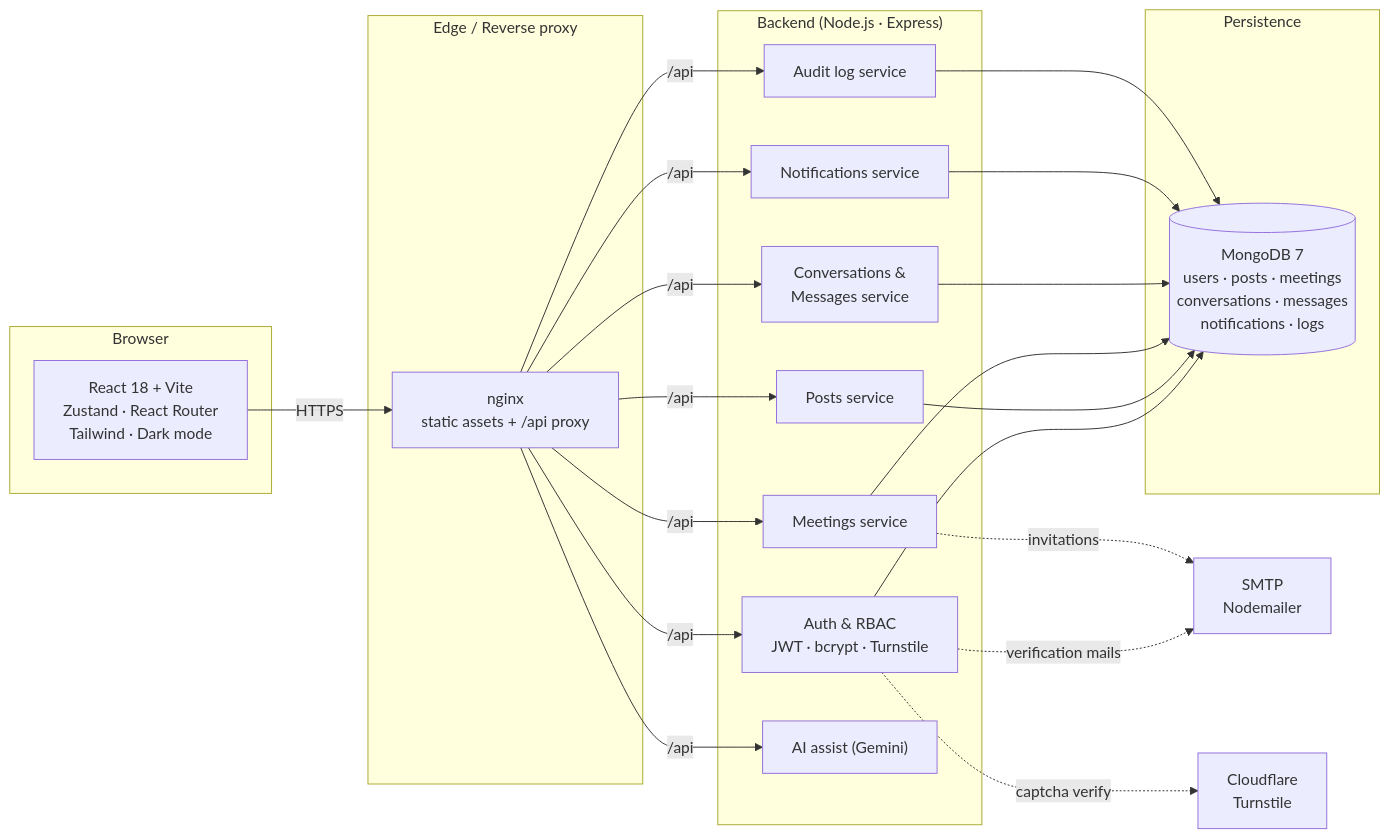
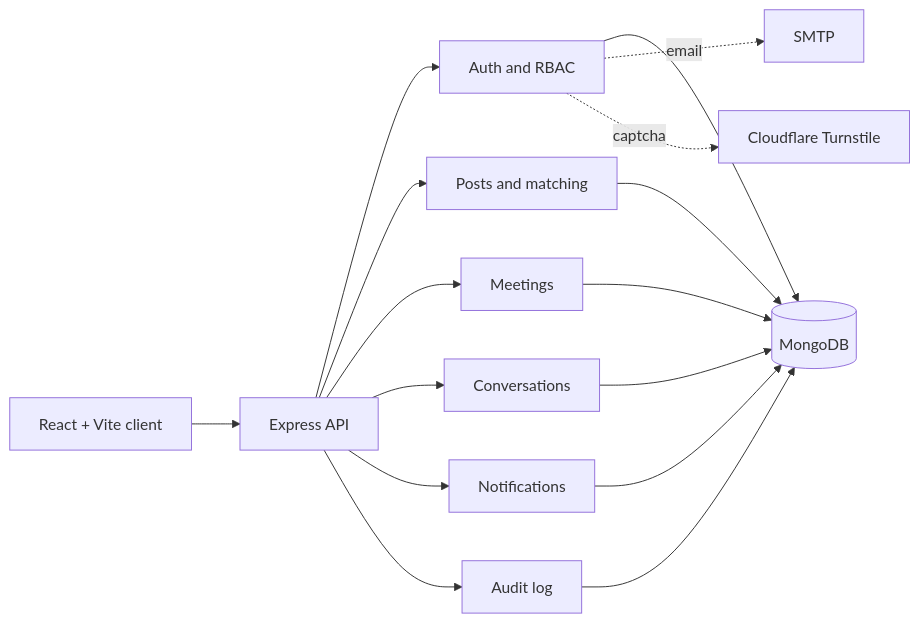
Before and after one commit to berkekus/healthai-co-creation-platform: the diagram in README.md, drawn with Mermaid. The commit also changed other lines of this file, not shown here.

````diff
--- a/README.md
+++ b/README.md
@@ -127,39 +93,18 @@
 ```mermaid
 flowchart LR
-    subgraph Client["Browser"]
-        UI["React 18 + Vite<br/>Zustand · React Router<br/>Tailwind · Dark mode"]
-    end
-
-    subgraph Edge["Edge / Reverse proxy"]
-        NGINX["nginx<br/>static assets + /api proxy"]
-    end
-
-    subgraph API["Backend (Node.js · Express)"]
-        AUTH["Auth & RBAC<br/>JWT · bcrypt · Turnstile"]
-        POSTS["Posts service"]
-        MEET["Meetings service"]
-        CONV["Conversations &<br/>Messages service"]
-        NOTIF["Notifications service"]
-        LOGS["Audit log service"]
-        AI["AI assist (Gemini)"]
-    end
-
-    subgraph Data["Persistence"]
-        MONGO[("MongoDB 7<br/>users · posts · meetings<br/>conversations · messages<br/>notifications · logs")]
-    end
-
-    SMTP["SMTP<br/>Nodemailer"]
-    CF["Cloudflare<br/>Turnstile"]
-
-    UI -->|HTTPS| NGINX
-    NGINX -->|/api| AUTH & POSTS & MEET & CONV & NOTIF & LOGS & AI
-    AUTH --> MONGO
-    POSTS --> MONGO
-    MEET --> MONGO
-    CONV --> MONGO
-    NOTIF --> MONGO
-    LOGS --> MONGO
-    AUTH -. verification mails .-> SMTP
-    MEET  -. invitations .-> SMTP
-    AUTH -. captcha verify .-> CF
+  Browser["React + Vite client"] --> API["Express API"]
+  API --> Auth["Auth and RBAC"]
+  API --> Posts["Posts and matching"]
+  API --> Meetings["Meetings"]
+  API --> Messages["Conversations"]
+  API --> Notifs["Notifications"]
+  API --> Logs["Audit log"]
+  Auth --> Mongo[("MongoDB")]
+  Posts --> Mongo
+  Meetings --> Mongo
+  Messages --> Mongo
+  Notifs --> Mongo
+  Logs --> Mongo
+  Auth -. email .-> SMTP["SMTP"]
+  Auth -. captcha .-> Turnstile["Cloudflare Turnstile"]
 ```
````
